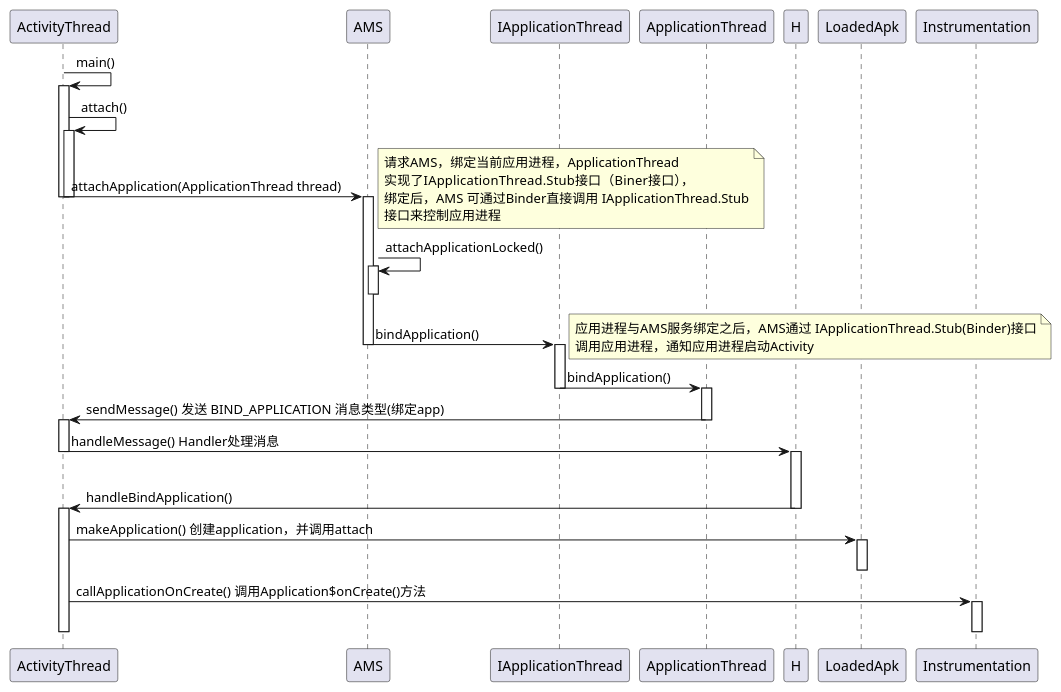
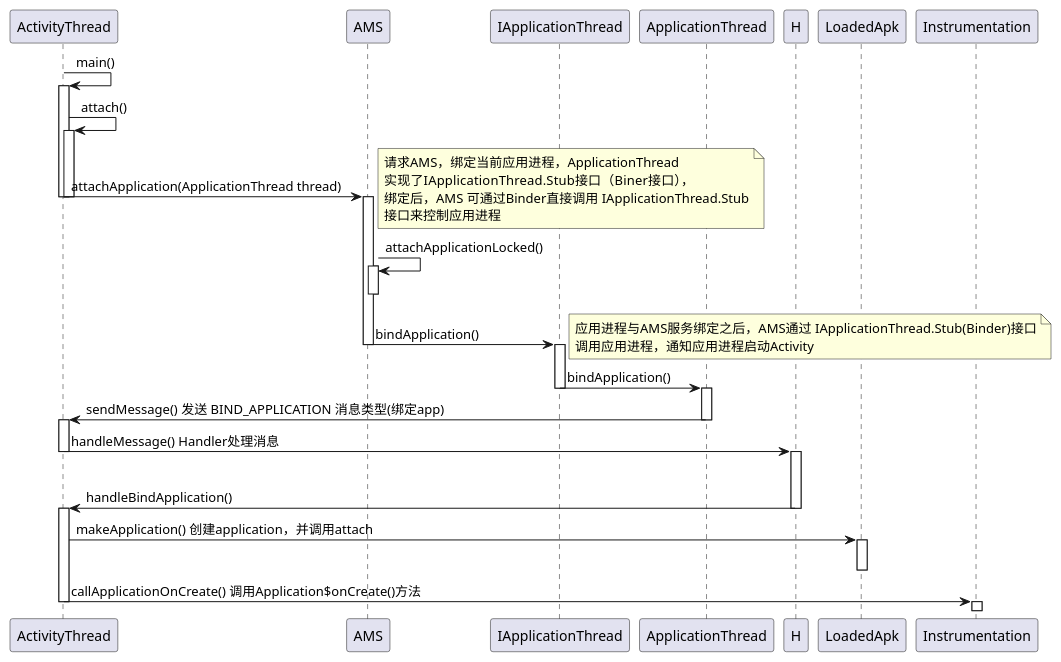
Before and after one commit to xHonghui/android-26: the diagram in doc/activity/activity_launcher_1.puml, drawn with PlantUML.

Commit message:
feat: puml流程图标准调整；

```diff
--- a/doc/activity/activity_launcher_1.puml
+++ b/doc/activity/activity_launcher_1.puml
@@ -1,81 +1,73 @@
 @startuml
 'https://plantuml.com/sequence-diagram
 '应用进程绑定AMS（建立Binder通信、创建Application）
 participant ActivityThread
 participant AMS
 participant IApplicationThread
 participant ApplicationThread
 participant H
 participant LoadedApk
 participant Instrumentation
 
 'activate ActivityThread
 'activate IApplicationThread
 'activate ApplicationThread
 'activate AMS
 'activate H
 'activate LoadedApk
 'activate Instrumentation
 
 
 ActivityThread -> ActivityThread: main()
 activate ActivityThread
 ActivityThread -> ActivityThread: attach()
 activate ActivityThread
 ActivityThread -> AMS: attachApplication(ApplicationThread thread)
 note right
     请求AMS，绑定当前应用进程，ApplicationThread
     实现了IApplicationThread.Stub接口（Biner接口），
     绑定后，AMS 可通过Binder直接调用 IApplicationThread.Stub
     接口来控制应用进程
 end note
 deactivate ActivityThread
 deactivate ActivityThread
 
 activate AMS
 AMS -> AMS: attachApplicationLocked()
 activate AMS
 deactivate AMS
 AMS -> IApplicationThread: bindApplication()
 note right
     应用进程与AMS服务绑定之后，AMS通过 IApplicationThread.Stub(Binder)接口
     调用应用进程，通知应用进程启动Activity
 end note
 deactivate AMS
 
 activate IApplicationThread
 IApplicationThread -> ApplicationThread: bindApplication()
 deactivate IApplicationThread
 
 activate ApplicationThread
 ApplicationThread -> ActivityThread: sendMessage() 发送 BIND_APPLICATION 消息类型(绑定app)
 deactivate ApplicationThread
 
 activate ActivityThread
 ActivityThread -> H: handleMessage() Handler处理消息
 deactivate ActivityThread
 
 |||
 activate H
 H -> ActivityThread: handleBindApplication()
 deactivate H
 
 activate ActivityThread
 ActivityThread -> LoadedApk: makeApplication() 创建application，并调用attach
 activate LoadedApk
 deactivate LoadedApk
 
 ActivityThread -> Instrumentation: callApplicationOnCreate() 调用Application$onCreate()方法
+deactivate ActivityThread
 activate Instrumentation
 deactivate Instrumentation
-deactivate ActivityThread
-
-'deactivate ActivityThread
-'deactivate IApplicationThread
-'deactivate ApplicationThread
-'deactivate AMS
-'deactivate H
-'deactivate LoadedApk
-'deactivate Instrumentation
 
 @enduml
```
